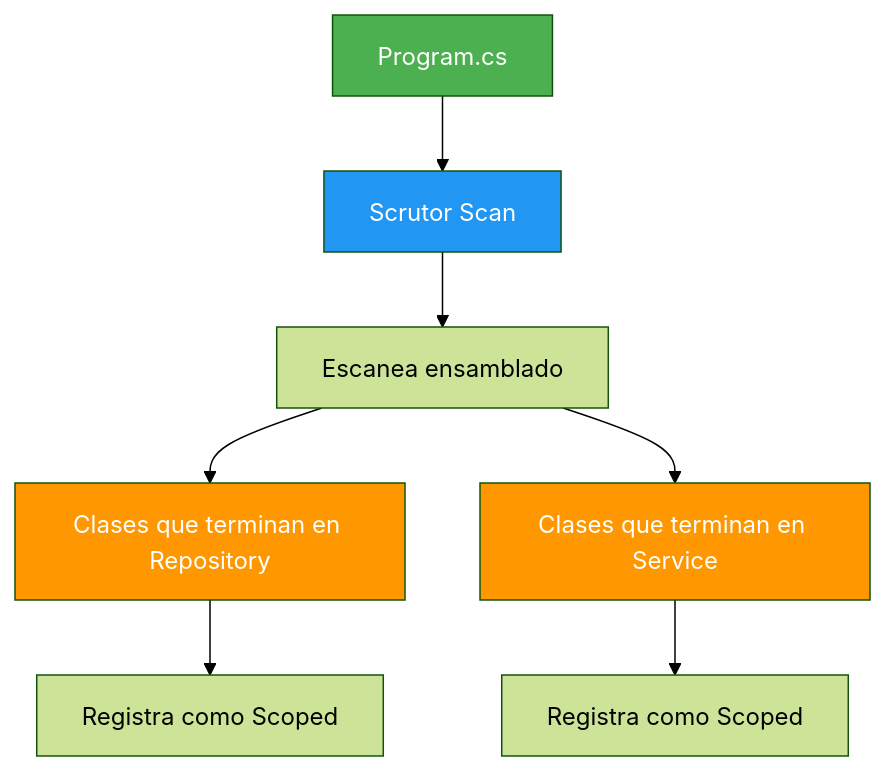
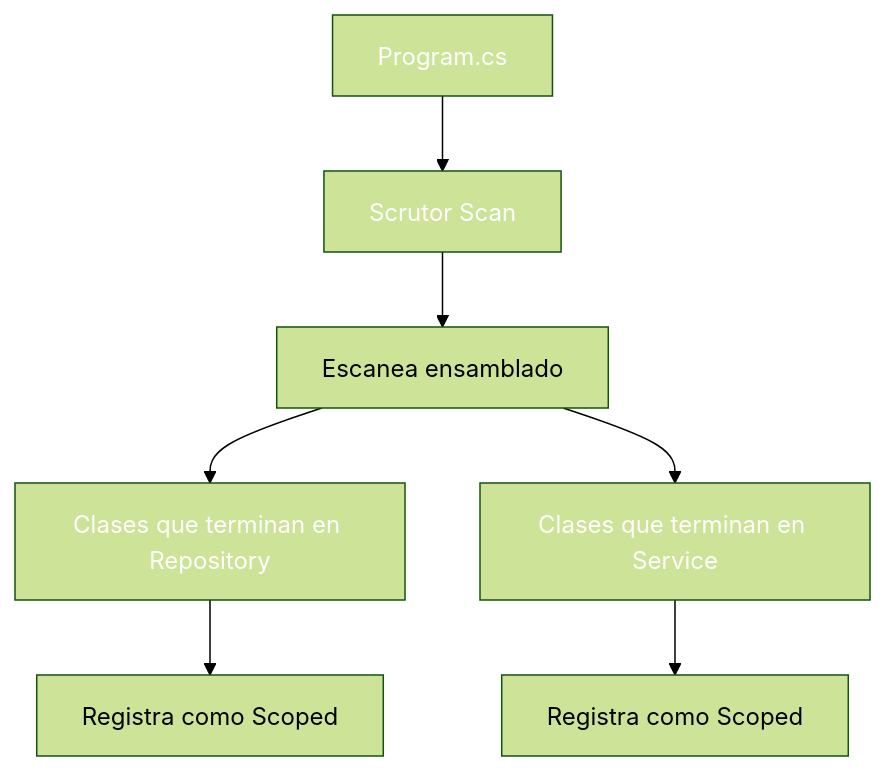
The third of 5 diagrams in 06-inyeccion-dependencias.md (joseluisgs/DesarrolloWebEntornosServidor-02-2026-2027), drawn with Mermaid (forest theme) before and after one commit. The commit also changed other lines of this file and 41 other files, not shown here.

````diff
--- a/06-inyeccion-dependencias.md
+++ b/06-inyeccion-dependencias.md
@@ -459,14 +459,14 @@
 ```mermaid
 flowchart TD
     Program["Program.cs"] --> Scan["Scrutor Scan"]
     Scan --> Scan1["Escanea ensamblado"]
     Scan1 --> Match1["Clases que terminan en Repository"]
     Scan1 --> Match2["Clases que terminan en Service"]
     Match1 --> Reg1["Registra como Scoped"]
     Match2 --> Reg2["Registra como Scoped"]
 
-    style Program fill:#4CAF50,color:#fff
-    style Scan fill:#2196F3,color:#fff
-    style Match1 fill:#FF9800,color:#fff
-    style Match2 fill:#FF9800,color:#fff
+    style Program fill:#4CAF5,color:#fff0,color:#fff
+    style Scan fill:#2196F,color:#fff3,color:#fff
+    style Match1 fill:#FF980,color:#fff0,color:#fff
+    style Match2 fill:#FF980,color:#fff0,color:#fff
 ```
````
